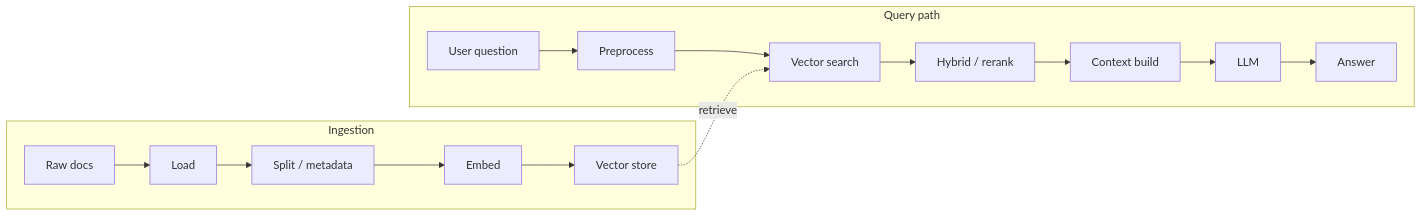
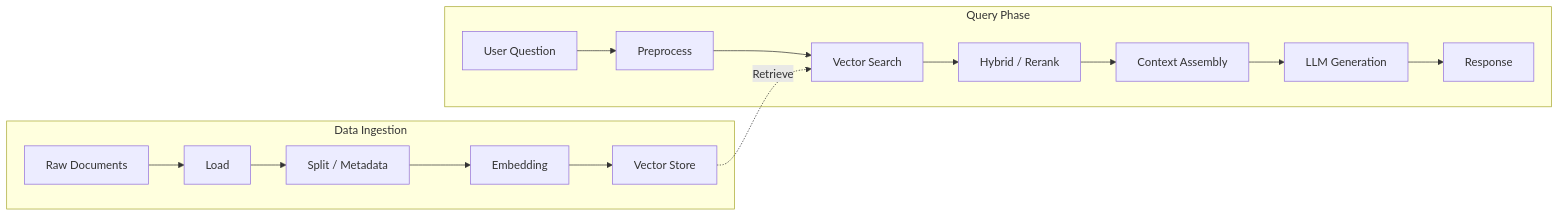
One commit to chain-engine/x-llamaindex changed the second of 4 diagrams in README.en.md. Above: the diagram before and after it, drawn with Mermaid. The commit also changed other lines of this file and 2 other files, not shown here.

````diff
--- a/README.en.md
+++ b/README.en.md
@@ -103,20 +280,20 @@
 ```mermaid
 flowchart LR
-  subgraph Ingest["Ingestion"]
-    A[Raw docs] --> B[Load]
-    B --> C[Split / metadata]
-    C --> D[Embed]
-    D --> E[Vector store]
+  subgraph Ingest["Data Ingestion"]
+    A[Raw Documents] --> B[Load]
+    B --> C[Split / Metadata]
+    C --> D[Embedding]
+    D --> E[Vector Store]
   end
 
-  subgraph Query["Query path"]
-    G[User question] --> H[Preprocess]
-    H --> I[Vector search]
-    I --> J[Hybrid / rerank]
-    J --> K[Context build]
-    K --> L[LLM]
-    L --> M[Answer]
+  subgraph Query["Query Phase"]
+    G[User Question] --> H[Preprocess]
+    H --> I[Vector Search]
+    I --> J[Hybrid / Rerank]
+    J --> K[Context Assembly]
+    K --> L[LLM Generation]
+    L --> M[Response]
   end
 
-  E -.->|retrieve| I
+  E -.->|Retrieve| I
 ```
````
